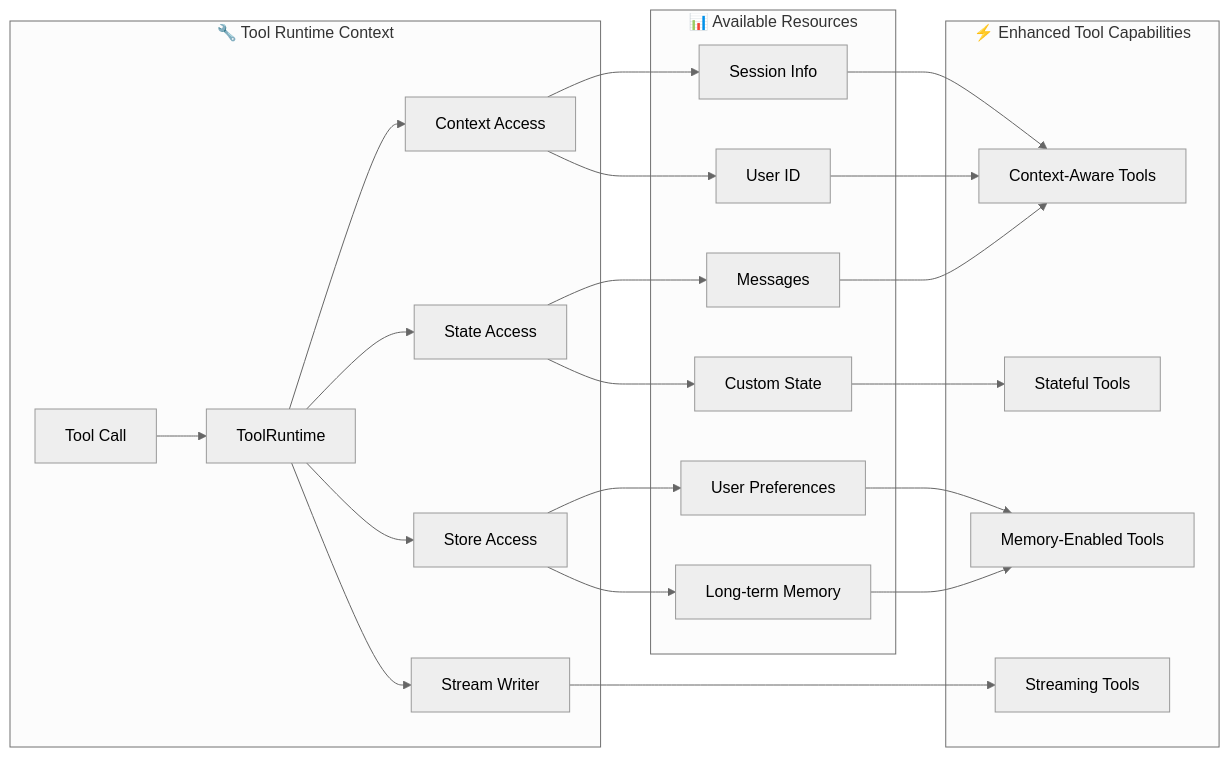
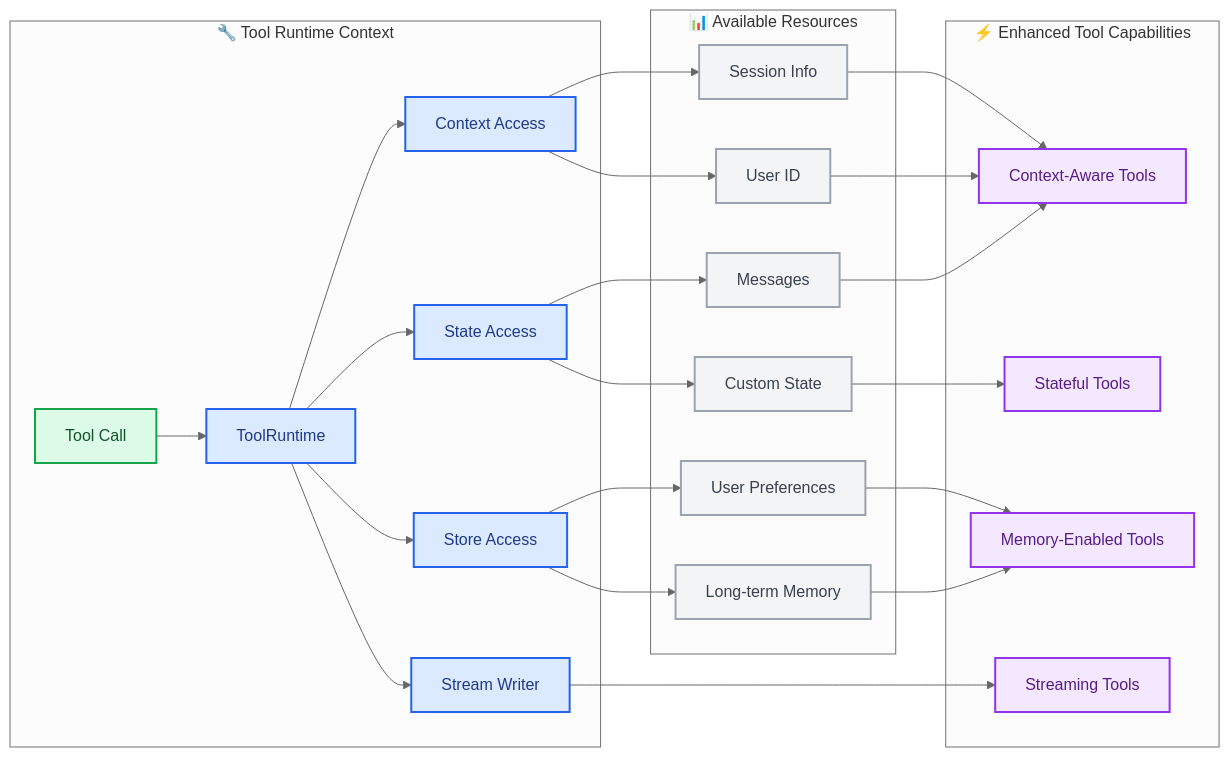
Before and after one commit to bansalkanav/docs: the diagram in build/oss/python/langchain/tools.mdx, drawn with Mermaid (neutral theme). The commit also changed other lines of this file and 2887 other files, not shown here.

````diff
--- a/build/oss/python/langchain/tools.mdx
+++ b/build/oss/python/langchain/tools.mdx
@@ -152,38 +162,48 @@
 ```mermaid
 graph LR
     %% Runtime Context
     subgraph "🔧 Tool Runtime Context"
         A[Tool Call] --> B[ToolRuntime]
         B --> C[State Access]
         B --> D[Context Access]
         B --> E[Store Access]
         B --> F[Stream Writer]
     end
 
     %% Available Resources
     subgraph "📊 Available Resources"
         C --> G[Messages]
         C --> H[Custom State]
         D --> I[User ID]
         D --> J[Session Info]
         E --> K[Long-term Memory]
         E --> L[User Preferences]
     end
 
     %% Tool Capabilities
     subgraph "⚡ Enhanced Tool Capabilities"
         M[Context-Aware Tools]
         N[Stateful Tools]
         O[Memory-Enabled Tools]
         P[Streaming Tools]
     end
 
     %% Connections
     G --> M
     H --> N
     I --> M
     J --> M
     K --> O
     L --> O
     F --> P
+
+    classDef trigger fill:#DCFCE7,stroke:#16A34A,stroke-width:2px,color:#14532D
+    classDef process fill:#DBEAFE,stroke:#2563EB,stroke-width:2px,color:#1E3A8A
+    classDef output fill:#F3E8FF,stroke:#9333EA,stroke-width:2px,color:#581C87
+    classDef neutral fill:#F3F4F6,stroke:#9CA3AF,stroke-width:2px,color:#374151
+
+    class A trigger
+    class B,C,D,E,F process
+    class G,H,I,J,K,L neutral
+    class M,N,O,P output
 ```
````
